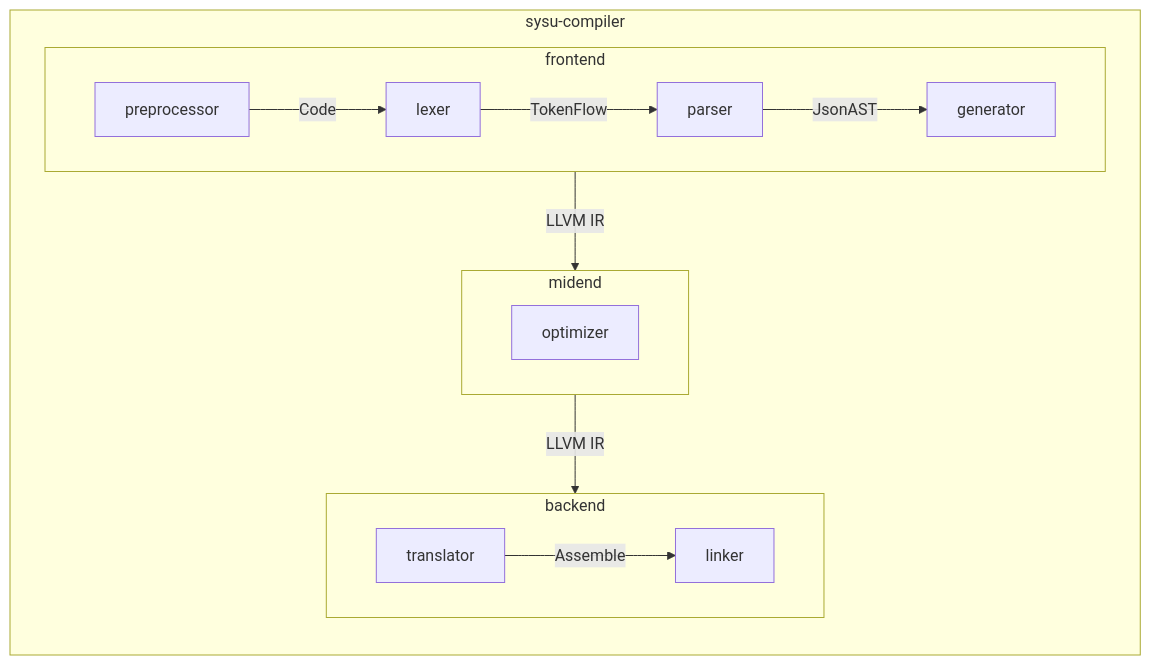
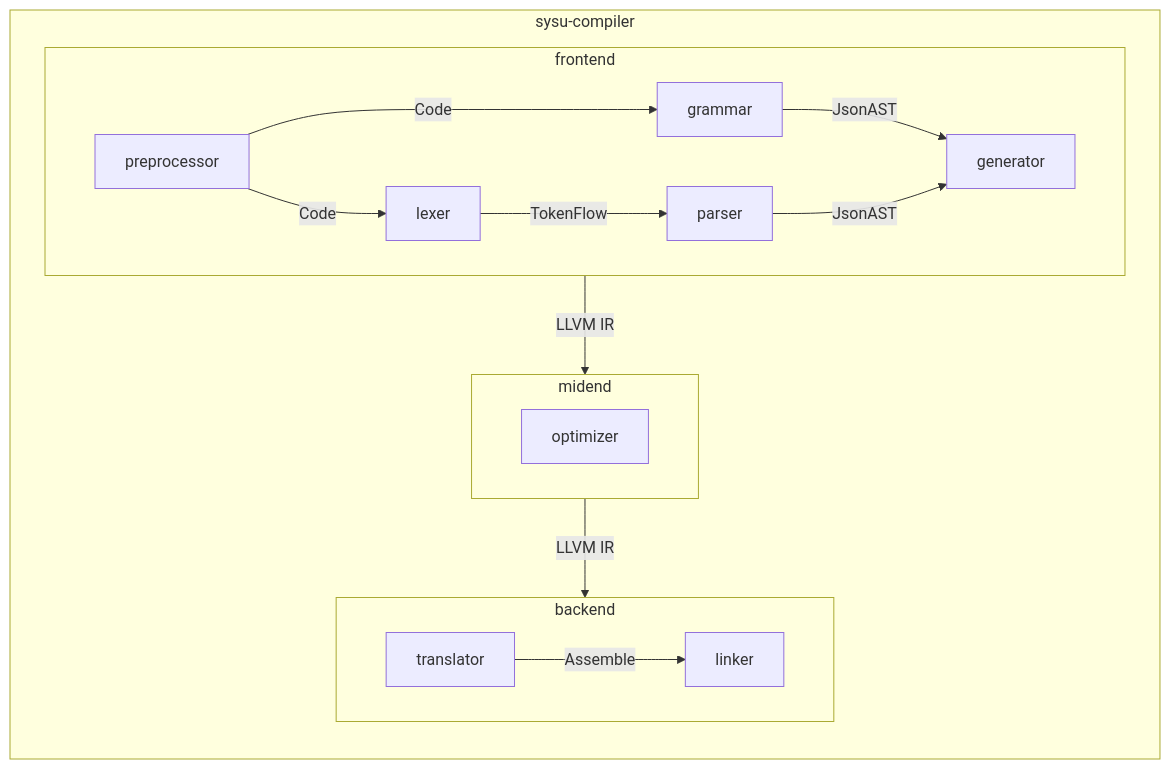
The diagram in README.md (arcsysu/SYsU-lang), drawn with Mermaid before and after one commit.

````diff
--- a/README.md
+++ b/README.md
@@ -106,21 +106,23 @@
 ```mermaid
 flowchart TB
 subgraph sysu-compiler
 direction TB
 subgraph frontend
 direction LR
+preprocessor--Code-->grammar
+grammar--JsonAST-->generator
 preprocessor--Code-->lexer
 lexer--TokenFlow-->parser
 parser--JsonAST-->generator
 end
 subgraph midend
 optimizer
 end
 subgraph backend
 direction LR
 translator--Assemble-->linker
 end
 frontend--LLVM IR-->midend
 midend--LLVM IR-->backend
 end
 ```
````
